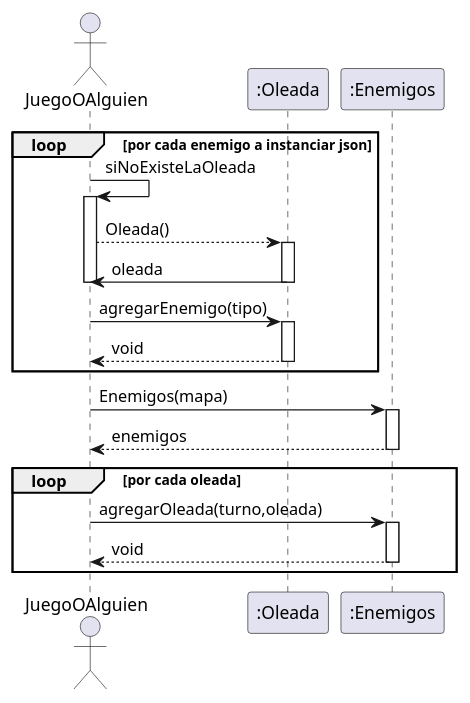
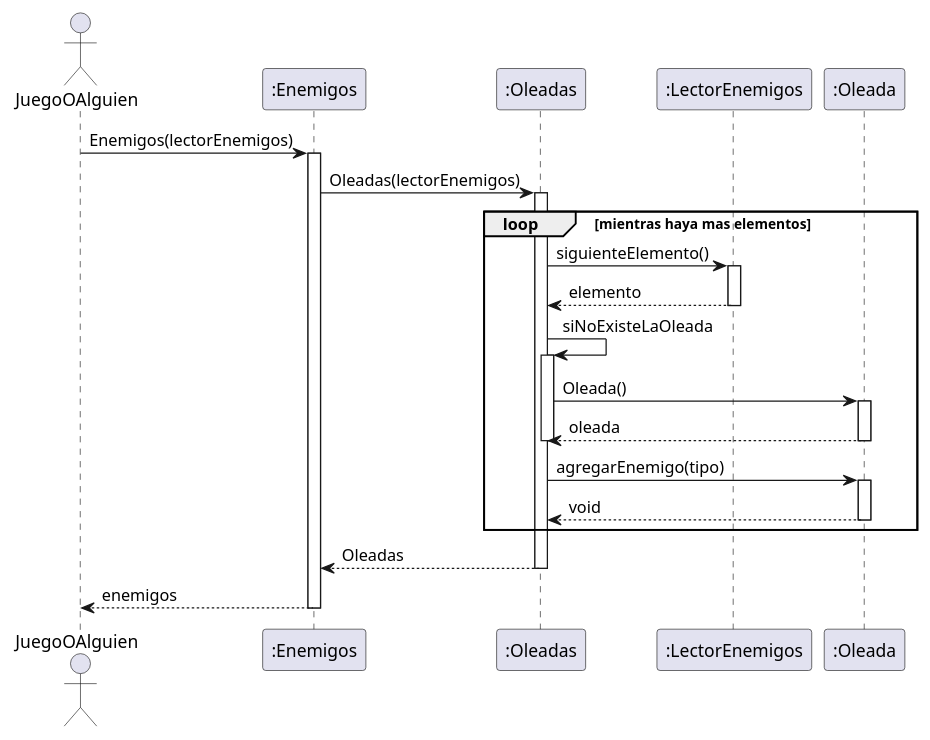
Before and after one commit to MarceloAgustinOrigoniGuillaume/Algo3_TP2_1C2023: the diagram in diagrams/sequences/propuestasMarcelo/inicializar/ideaOleadas.puml, drawn with PlantUML. The commit also changed 5 other files, not shown here.

First line of the commit message:
agregar lector, cambio inicializacion

```diff
--- a/diagrams/sequences/propuestasMarcelo/inicializar/ideaOleadas.puml
+++ b/diagrams/sequences/propuestasMarcelo/inicializar/ideaOleadas.puml
@@ -1,41 +1,54 @@
 @startuml
 
 Actor JuegoOAlguien as sis
+
+participant ":Enemigos" as enemies
+participant ":Oleadas" as oleadas
+participant ":LectorEnemigos" as lector
 participant ":Oleada" as oleada
-participant ":Enemigos" as enemies
 
-loop por cada enemigo a instanciar json
 
-sis->sis: siNoExisteLaOleada
-activate sis
-sis-->oleada: Oleada()
+
+
+
+sis->enemies: Enemigos(lectorEnemigos)
+activate enemies
+enemies->oleadas: Oleadas(lectorEnemigos)
+activate oleadas
+
+loop mientras haya mas elementos
+oleadas ->lector : siguienteElemento()
+activate lector
+lector --> oleadas: elemento
+deactivate lector
+
+oleadas->oleadas: siNoExisteLaOleada
+activate oleadas
+oleadas->oleada: Oleada()
 activate oleada
-oleada->sis:oleada
+oleada-->oleadas:oleada
 deactivate oleada
-deactivate sis
+deactivate oleadas
 
-sis->oleada : agregarEnemigo(tipo)
+oleadas-> oleada: agregarEnemigo(tipo)
 activate oleada
-oleada-->sis: void
+oleada-->oleadas: void
 deactivate oleada
 
 end
 
 
-sis->enemies: Enemigos(mapa)
-activate enemies
+
+oleadas--> enemies: Oleadas
+deactivate oleadas
+
+
+
 enemies-->sis: enemigos 
 deactivate enemies
-
-loop por cada oleada
-sis->enemies: agregarOleada(turno,oleada)
-activate enemies
-enemies--> sis: void
-deactivate enemies
-end
 
 
 
 
 
 @enduml
```
